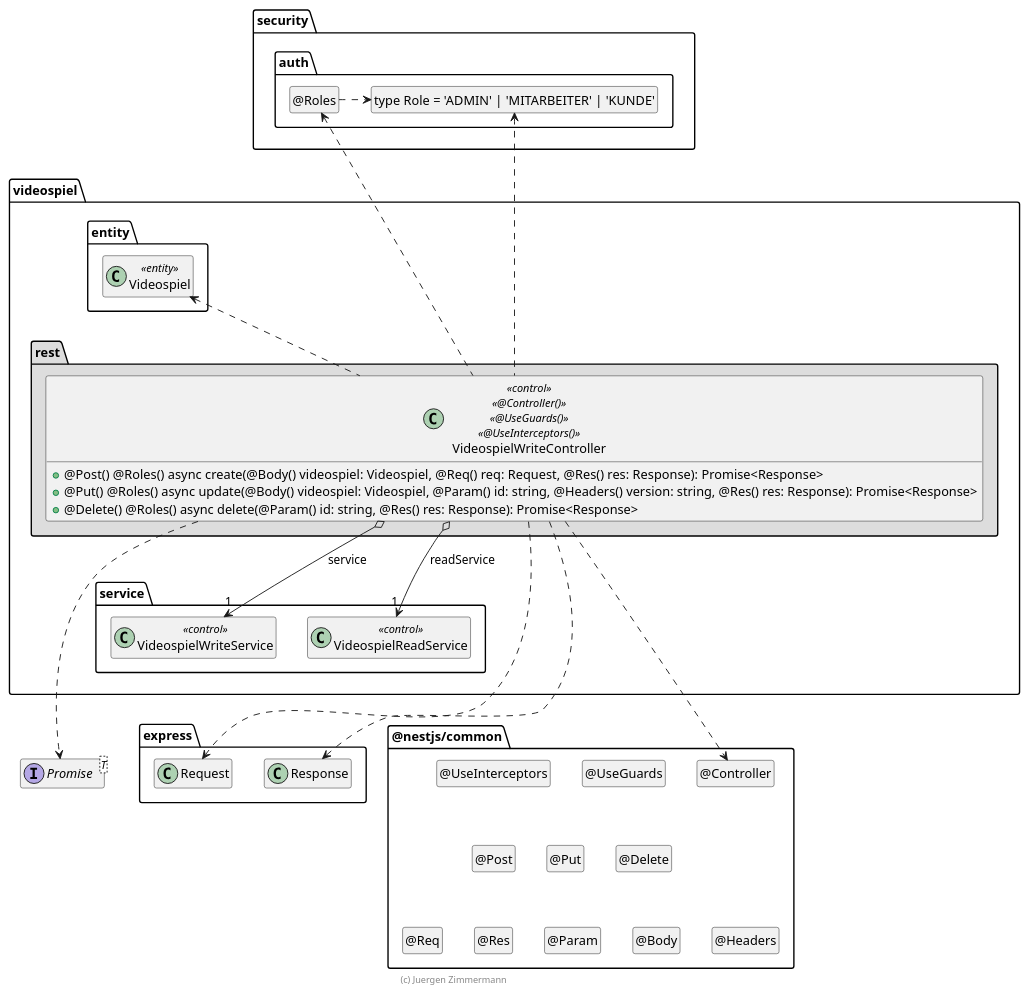
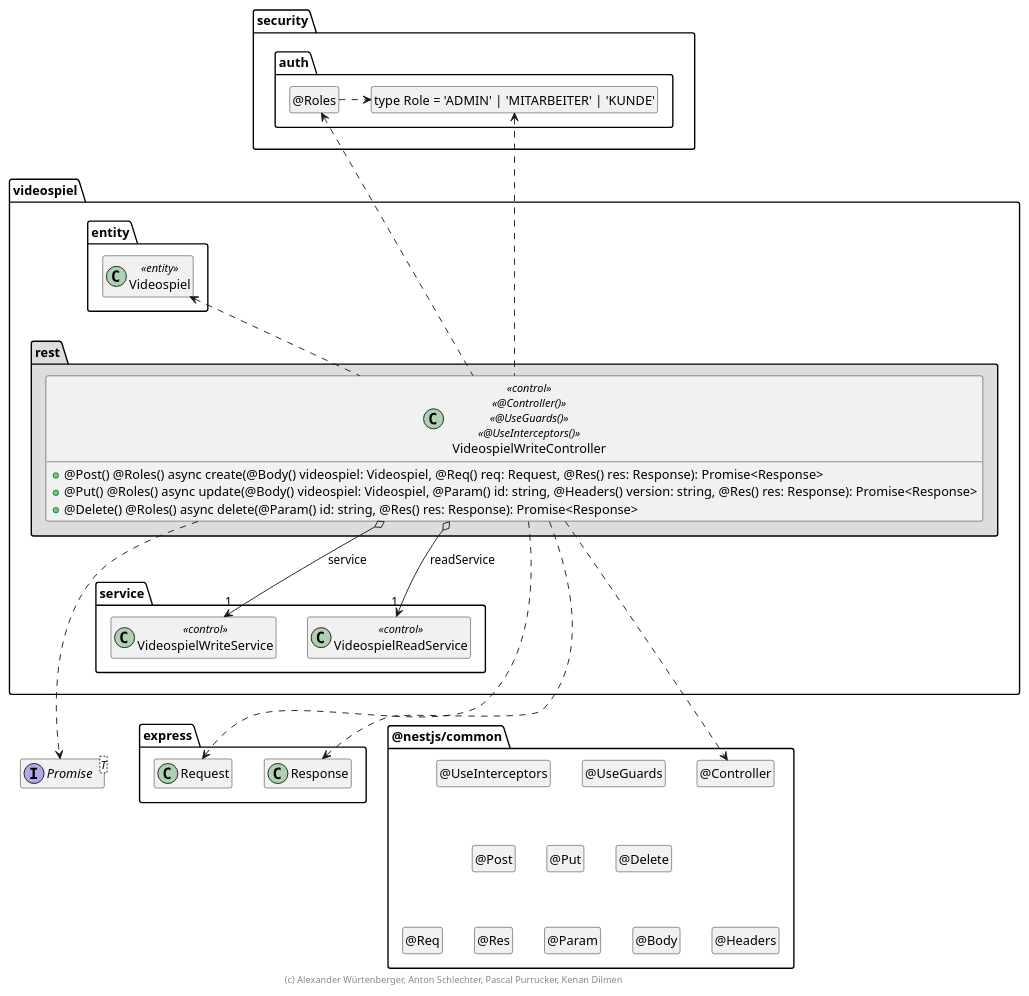
The diagram in extras/doc/entwicklerhandbuch/VideospielWriteController.plantuml (Kenan155/videospiel), drawn with PlantUML before and after one commit. The commit also changed 7 other files, not shown here.

```diff
--- a/extras/doc/entwicklerhandbuch/VideospielWriteController.plantuml
+++ b/extras/doc/entwicklerhandbuch/VideospielWriteController.plantuml
@@ -3,110 +3,110 @@
 @startuml Controller-Klasse
 
 interface Promise<T>
 
 package @nestjs/common {
   class "@Controller" as Controller
   hide Controller circle
 
   class "@UseGuards" as UseGuards
   hide UseGuards circle
 
   class "@UseInterceptors" as UseInterceptors
   hide UseInterceptors circle
 
   class "@Post" as Post
   hide Post circle
 
   class "@Put" as Put
   hide Put circle
 
   class "@Delete" as Delete
   hide Delete circle
 
   class "@Req" as Req
   hide Req circle
 
   class "@Res" as Res
   hide Res circle
 
   class "@Param" as Param
   hide Param circle
 
   class "@Body" as Body
   hide Body circle
 
   class "@Headers" as Headers
   hide Headers circle
 
   UseInterceptors .[hidden].> Post
   UseInterceptors .[hidden].> Put
   UseInterceptors .[hidden].> Delete
 
   Post .[hidden].> Req
   Post .[hidden].> Res
   Post .[hidden].> Param
   Post .[hidden].> Body
   Post .[hidden].> Headers
 }
 
 package express {
   class Request
   class Response
 
   Response .right[hidden].> Controller
 }
 
 package security.auth {
   class "type Role = 'ADMIN' | 'MITARBEITER' | 'KUNDE'" as Role
   hide Role circle
 
   class "@Roles" as Roles
   hide Roles circle
 
   Roles .right.> Role
 }
 
 package videospiel {
   package entity #FFFFFF {
     class Videospiel <<entity>>
 
     Videospiel .[hidden].> Promise
     Videospiel .[hidden].> Request
   }
 
   package service {
     class VideospielWriteService << control >>
     class VideospielReadService << control >>
   }
 
   package rest #DDDDDD {
     class VideospielWriteController << control >> << @Controller() >> << @UseGuards() >> << @UseInterceptors() >> {
       + @Post() @Roles() async create(@Body() videospiel: Videospiel, @Req() req: Request,  @Res() res: Response): Promise<Response>
       + @Put() @Roles() async update(@Body() videospiel: Videospiel, @Param() id: string, @Headers() version: string, @Res() res: Response): Promise<Response>
       + @Delete() @Roles() async delete(@Param() id: string, @Res() res: Response): Promise<Response>
     }
 
     VideospielWriteController o--> "1" VideospielWriteService : service
     VideospielWriteController o--> "1" VideospielReadService : readService
     VideospielWriteController ..up> Videospiel
 
     VideospielWriteController ..> Controller
 
     VideospielWriteController .up.> Roles
     VideospielWriteController .up.> Role
 
     VideospielWriteController ..> Request
     VideospielWriteController ..> Response
     VideospielWriteController ..> Promise
 
     Videospiel .up[hidden].> Roles
     VideospielWriteService .[hidden].> Request
     VideospielWriteService .[hidden].> Promise
   }
 }
 
 hide empty members
 
-footer (c) Juergen Zimmermann
+footer (c) Alexander Würtenberger, Anton Schlechter, Pascal Purrucker, Kenan Dilmen
 
 @enduml
```
